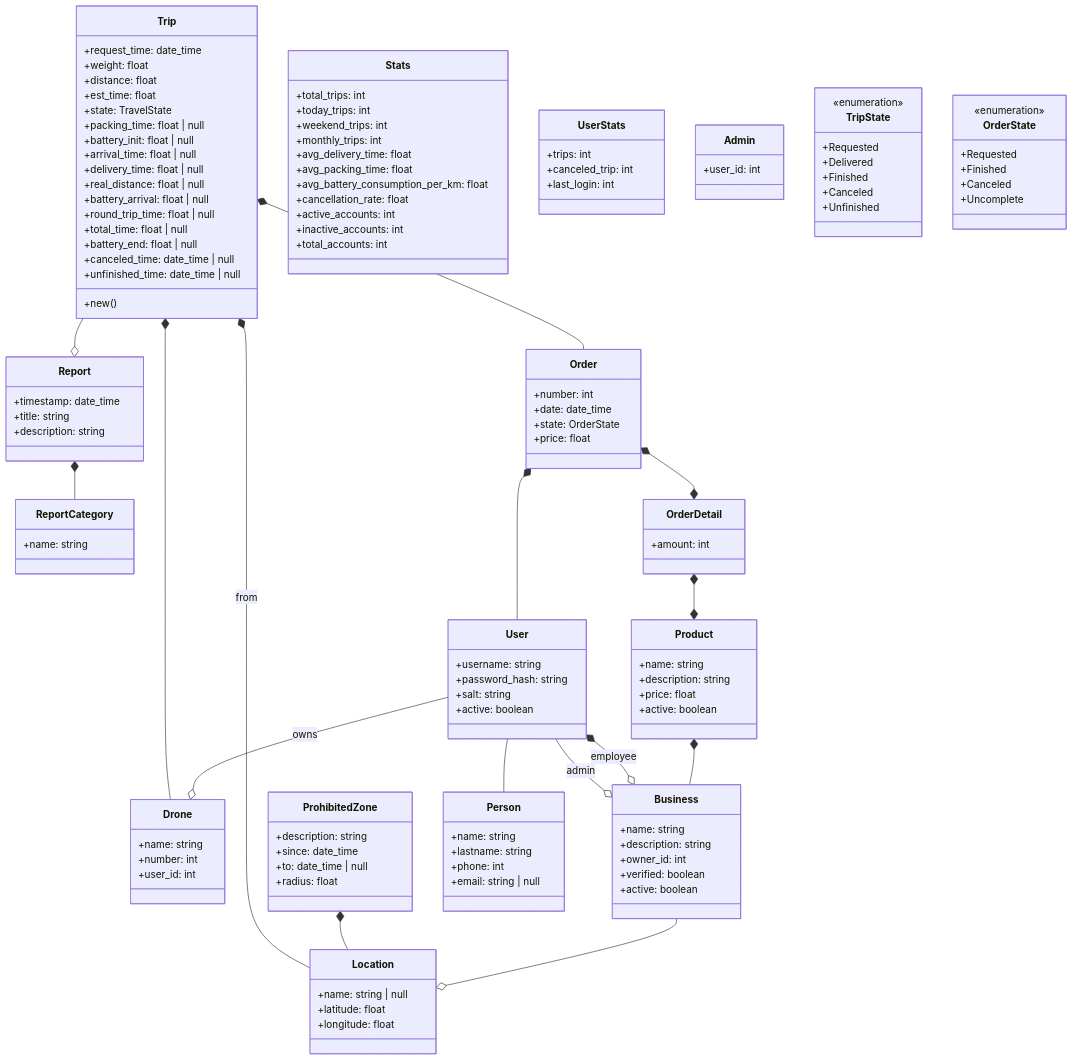
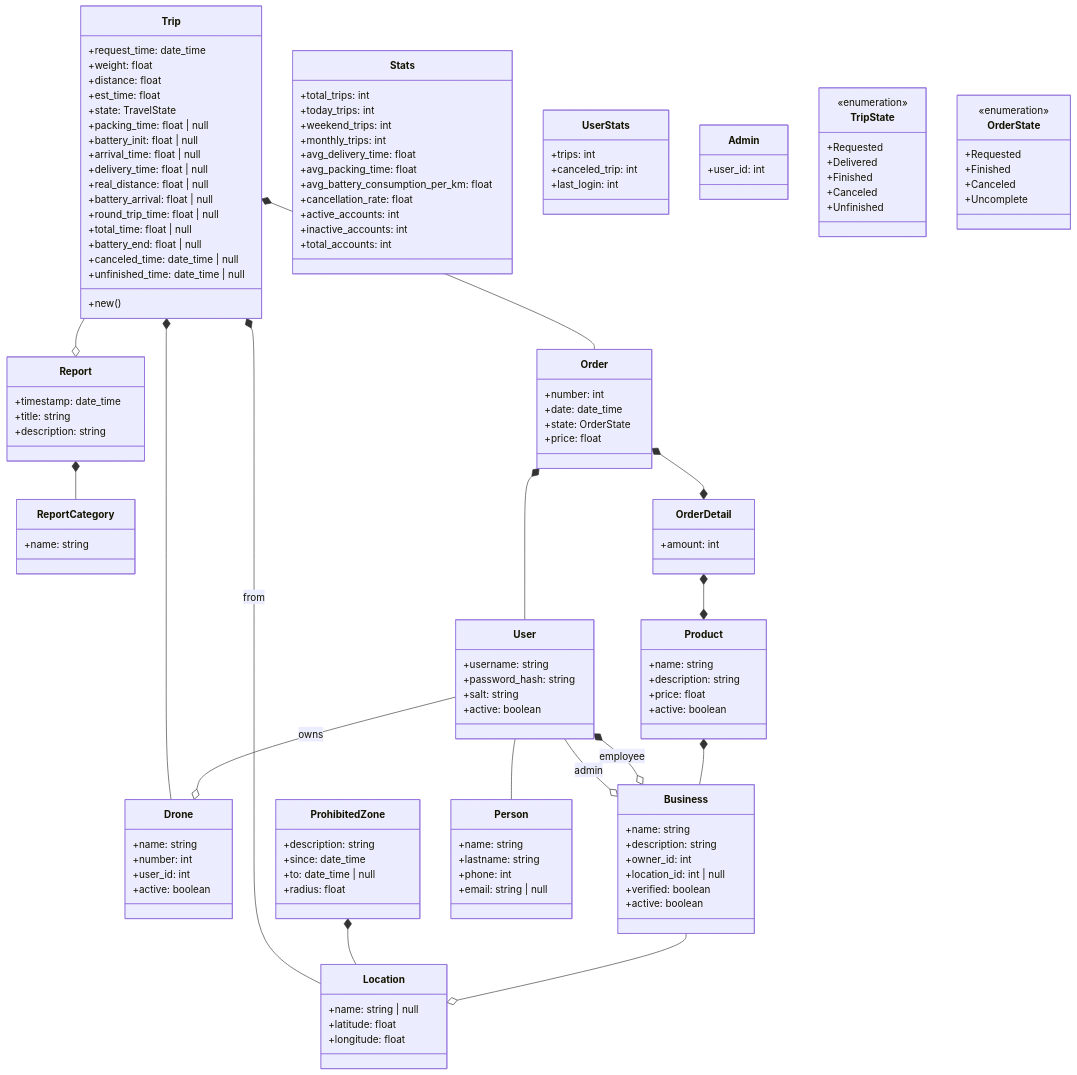
Before and after one commit to vector-sur/backend: the second of 3 diagrams in README.md, drawn with Mermaid. The commit also changed 9 other files, not shown here.

```diff
--- a/README.md
+++ b/README.md
@@ -129,6 +129,7 @@
         +name: string
         +description: string
         +owner_id: int
+        +location_id: int | null
         +verified: boolean
         +active: boolean
     }
@@ -161,6 +162,7 @@
         +name: string
         +number: int
         +user_id: int
+        +active: boolean
     }
 
     class Report {
```
